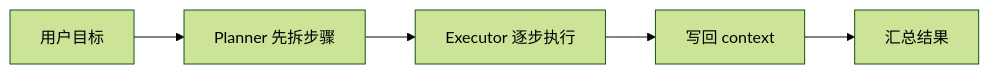
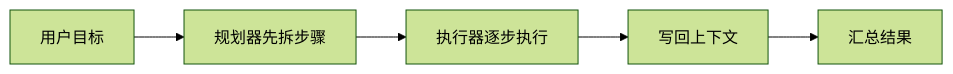
One commit to oudbiao/AI-fullstack-course changed the diagram in i18n/zh-Hans/docusaurus-plugin-content-docs/current/ch09-agent/ch02-reasoning/04-plan-and-execute.md. Above: the diagram before and after it, drawn with Mermaid (forest theme). The commit also changed other lines of this file and 252 other files, not shown here.

````diff
--- a/i18n/zh-Hans/docusaurus-plugin-content-docs/current/ch09-agent/ch02-reasoning/04-plan-and-execute.md
+++ b/i18n/zh-Hans/docusaurus-plugin-content-docs/current/ch09-agent/ch02-reasoning/04-plan-and-execute.md
@@ -36,7 +36,7 @@
 ```mermaid
 flowchart LR
-    A["用户目标"] --> B["Planner 先拆步骤"]
-    B --> C["Executor 逐步执行"]
-    C --> D["写回 context"]
+    A["用户目标"] --> B["规划器先拆步骤"]
+    B --> C["执行器逐步执行"]
+    C --> D["写回上下文"]
     D --> E["汇总结果"]
 ```
````
